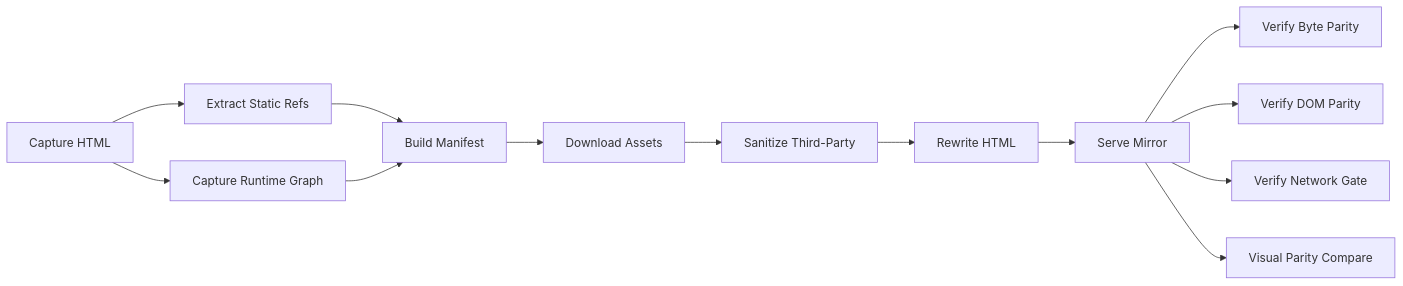
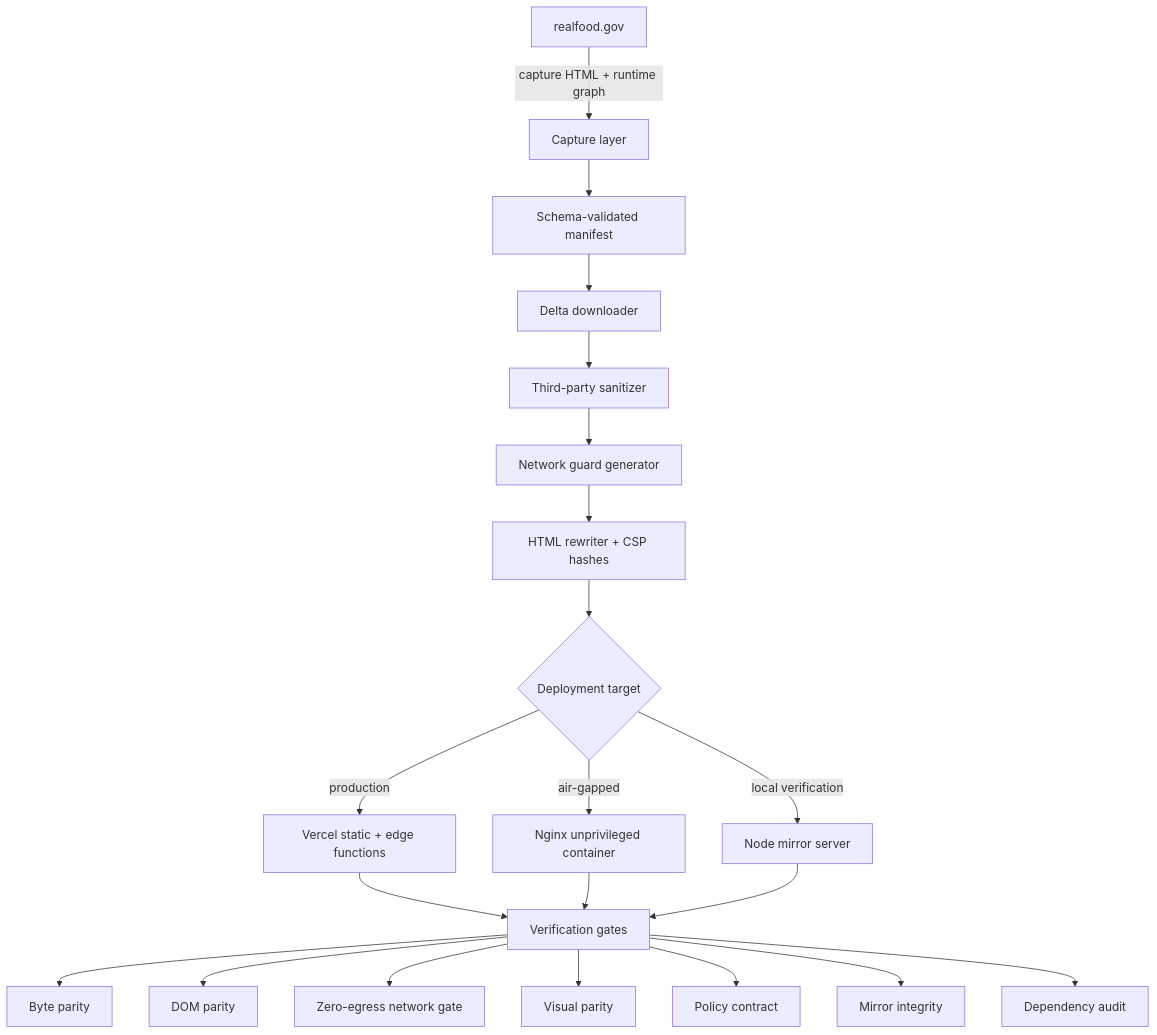
The diagram in README.md (MdSaifulIslamMSI/realFood), drawn with Mermaid before and after one commit. The commit also changed other lines of this file and 110 other files, not shown here.

````diff
--- a/README.md
+++ b/README.md
@@ -14,15 +40,26 @@
 ```mermaid
-graph LR
-    A[Capture HTML] --> B[Extract Static Refs]
-    A --> C[Capture Runtime Graph]
-    B --> D[Build Manifest]
-    C --> D
-    D --> E[Download Assets]
-    E --> F[Sanitize Third-Party]
-    F --> G[Rewrite HTML]
-    G --> H[Serve Mirror]
-    H --> I[Verify Byte Parity]
-    H --> J[Verify DOM Parity]
-    H --> K[Verify Network Gate]
-    H --> L[Visual Parity Compare]
+flowchart TD
+    U[realfood.gov] -->|capture HTML + runtime graph| C[Capture layer]
+    C --> M[Schema-validated manifest]
+    M --> D[Delta downloader]
+    D --> S[Third-party sanitizer]
+    S --> V[Network guard generator]
+    V --> R[HTML rewriter + CSP hashes]
+    R --> H{Deployment target}
+
+    H -->|production| VERCEL[Vercel static + edge functions]
+    H -->|air-gapped| DOCKER[Nginx unprivileged container]
+    H -->|local verification| NODE[Node mirror server]
+
+    VERCEL --> GATES[Verification gates]
+    DOCKER --> GATES
+    NODE --> GATES
+
+    GATES --> BYTE[Byte parity]
+    GATES --> DOM[DOM parity]
+    GATES --> NET[Zero-egress network gate]
+    GATES --> VIS[Visual parity]
+    GATES --> POL[Policy contract]
+    GATES --> INT[Mirror integrity]
+    GATES --> AUDIT[Dependency audit]
 ```
````
